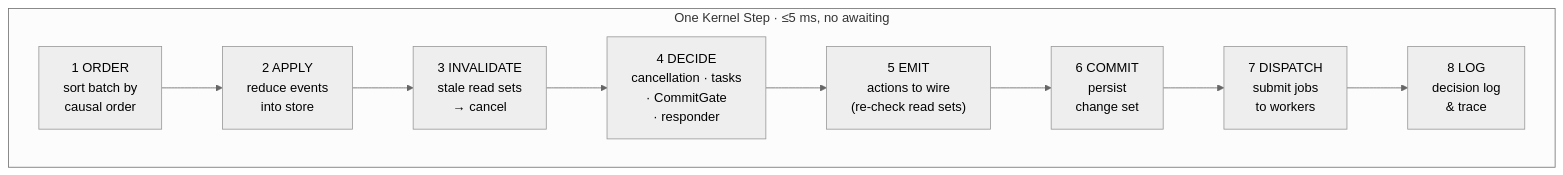
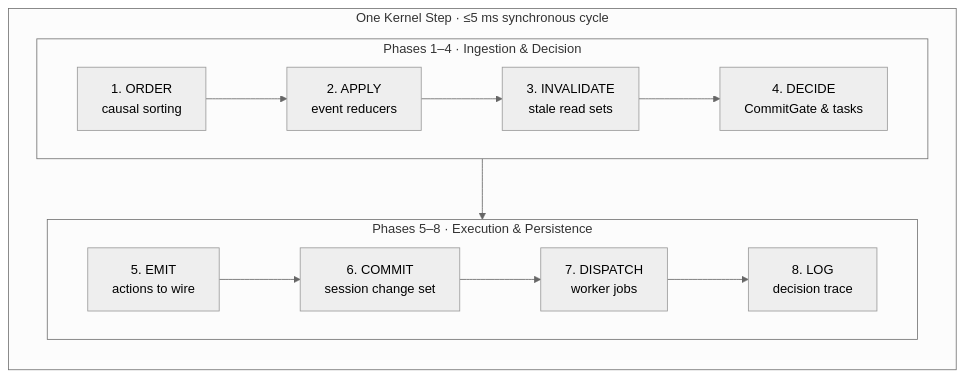
Before and after one commit to AdithyaSanthosh-P/Janus: the fifth of 6 diagrams in README.md, drawn with Mermaid (neutral theme). The commit also changed other lines of this file, not shown here.

````diff
--- a/README.md
+++ b/README.md
@@ -210,13 +216,19 @@
 ```mermaid
-flowchart LR
-    subgraph STEP["One Kernel Step · ≤5 ms, no awaiting"]
-        direction LR
-        P1["1 ORDER<br/>sort batch by<br/>causal order"] --> P2["2 APPLY<br/>reduce events<br/>into store"]
-        P2 --> P3["3 INVALIDATE<br/>stale read sets<br/>→ cancel"]
-        P3 --> P4["4 DECIDE<br/>cancellation · tasks<br/>· CommitGate<br/>· responder"]
-        P4 --> P5["5 EMIT<br/>actions to wire<br/>(re-check read sets)"]
-        P5 --> P6["6 COMMIT<br/>persist<br/>change set"]
-        P6 --> P7["7 DISPATCH<br/>submit jobs<br/>to workers"]
-        P7 --> P8["8 LOG<br/>decision log<br/>& trace"]
+flowchart TB
+    subgraph STEP["One Kernel Step · ≤5 ms synchronous cycle"]
+        direction TB
+        subgraph ROW1["Phases 1–4 · Ingestion & Decision"]
+            direction LR
+            P1["1. ORDER<br/>causal sorting"] --> P2["2. APPLY<br/>event reducers"]
+            P2 --> P3["3. INVALIDATE<br/>stale read sets"]
+            P3 --> P4["4. DECIDE<br/>CommitGate & tasks"]
+        end
+        subgraph ROW2["Phases 5–8 · Execution & Persistence"]
+            direction LR
+            P5["5. EMIT<br/>actions to wire"] --> P6["6. COMMIT<br/>session change set"]
+            P6 --> P7["7. DISPATCH<br/>worker jobs"]
+            P7 --> P8["8. LOG<br/>decision trace"]
+        end
+        ROW1 --> ROW2
     end
 ```
````
